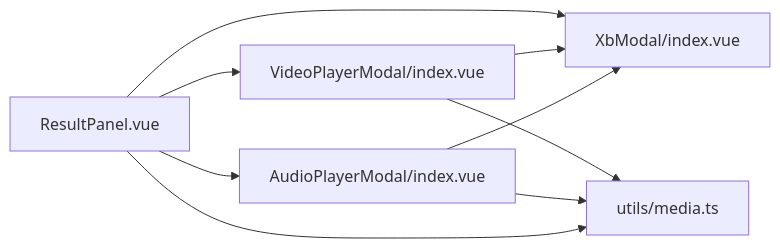
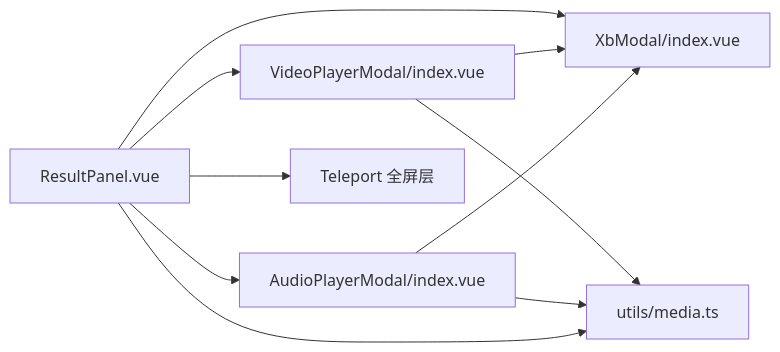
Before and after one commit to cyu100235/lingjing-ai: the eighth of 8 diagrams in .qoder/repowiki/zh/content/前端开发/页面组件/资产管理页面/资产预览模态框.md, drawn with Mermaid. The commit also changed other lines of this file and 14 other files, not shown here.

First line of the commit message:
docs(repoviki): 重构资产预览模态框图片全屏功能

````diff
--- a/.qoder/repowiki/zh/content/前端开发/页面组件/资产管理页面/资产预览模态框.md
+++ b/.qoder/repowiki/zh/content/前端开发/页面组件/资产管理页面/资产预览模态框.md
@@ -276,11 +322,12 @@
 ```mermaid
 graph LR
 RP["ResultPanel.vue"] --> AM["AudioPlayerModal/index.vue"]
 RP --> VM["VideoPlayerModal/index.vue"]
 AM --> XB["XbModal/index.vue"]
 VM --> XB
 RP --> XB
 RP --> MT["utils/media.ts"]
 AM --> MT
 VM --> MT
+RP --> TP["Teleport 全屏层"]
 ```
````
